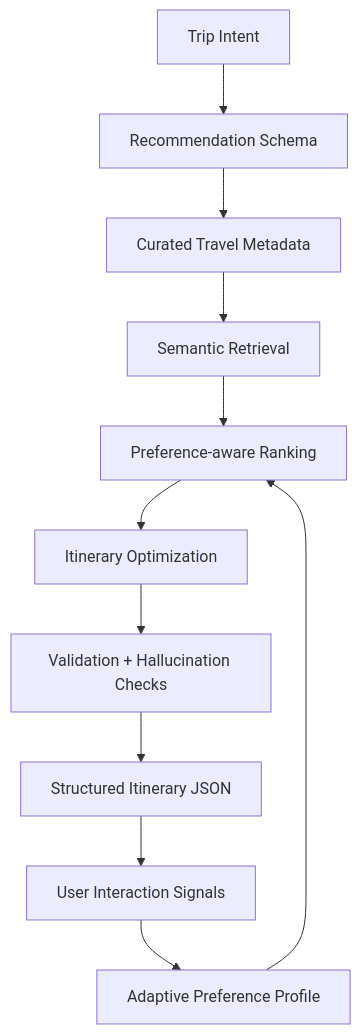
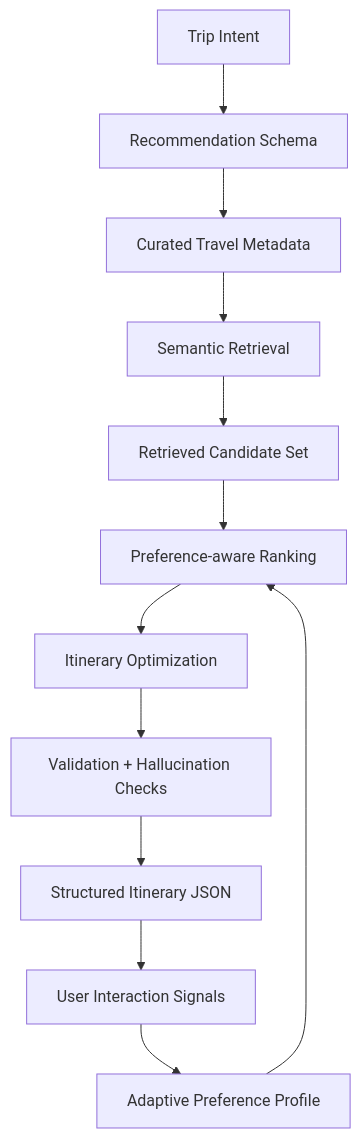
The second of 2 diagrams in README.md (PRRanavvv/WayFinder-Labs), drawn with Mermaid before and after one commit. The commit also changed other lines of this file and 13 other files, not shown here.

````diff
--- a/README.md
+++ b/README.md
@@ -74,13 +75,14 @@
 ```mermaid
 flowchart TD
   Intent["Trip Intent"] --> Schema["Recommendation Schema"]
   Schema --> Metadata["Curated Travel Metadata"]
   Metadata --> Retrieval["Semantic Retrieval"]
-  Retrieval --> Ranking["Preference-aware Ranking"]
+  Retrieval --> Candidates["Retrieved Candidate Set"]
+  Candidates --> Ranking["Preference-aware Ranking"]
   Ranking --> Optimization["Itinerary Optimization"]
   Optimization --> Validation["Validation + Hallucination Checks"]
   Validation --> Output["Structured Itinerary JSON"]
   Output --> Feedback["User Interaction Signals"]
   Feedback --> Memory["Adaptive Preference Profile"]
   Memory --> Ranking
 ```
````
